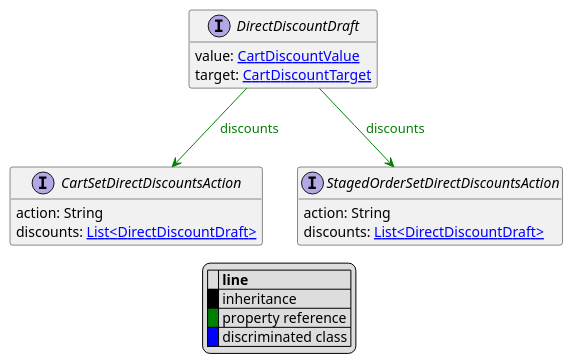
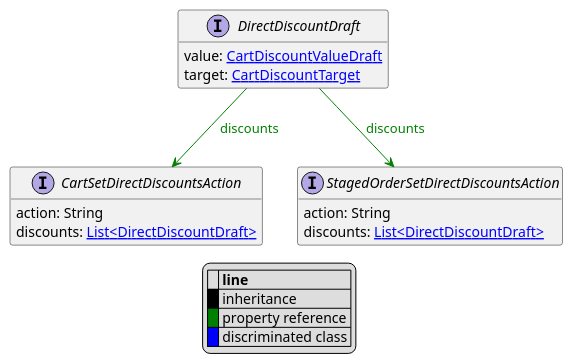
One commit to commercetools/commercetools-api-reference changed the diagram in uml/api/DirectDiscountDraft.puml. Above: the diagram before and after it, drawn with PlantUML. The commit also changed 8 other files, not shown here.

```diff
--- a/uml/api/DirectDiscountDraft.puml
+++ b/uml/api/DirectDiscountDraft.puml
@@ -1,29 +1,29 @@
 @startuml
 
 hide empty fields
 hide empty methods
 legend
 |= |= line |
 |<back:black>   </back>| inheritance |
 |<back:green>   </back>| property reference |
 |<back:blue>   </back>| discriminated class |
 endlegend
 interface DirectDiscountDraft [[DirectDiscountDraft.svg]]  {
-    value: [[CartDiscountValue.svg CartDiscountValue]]
+    value: [[CartDiscountValueDraft.svg CartDiscountValueDraft]]
     target: [[CartDiscountTarget.svg CartDiscountTarget]]
 }
 
 
 
 interface CartSetDirectDiscountsAction [[CartSetDirectDiscountsAction.svg]]  {
     action: String
     discounts: [[DirectDiscountDraft.svg List<DirectDiscountDraft>]]
 }
 interface StagedOrderSetDirectDiscountsAction [[StagedOrderSetDirectDiscountsAction.svg]]  {
     action: String
     discounts: [[DirectDiscountDraft.svg List<DirectDiscountDraft>]]
 }
 
 DirectDiscountDraft --> CartSetDirectDiscountsAction #green;text:green : "discounts"
 DirectDiscountDraft --> StagedOrderSetDirectDiscountsAction #green;text:green : "discounts"
 @enduml
```
